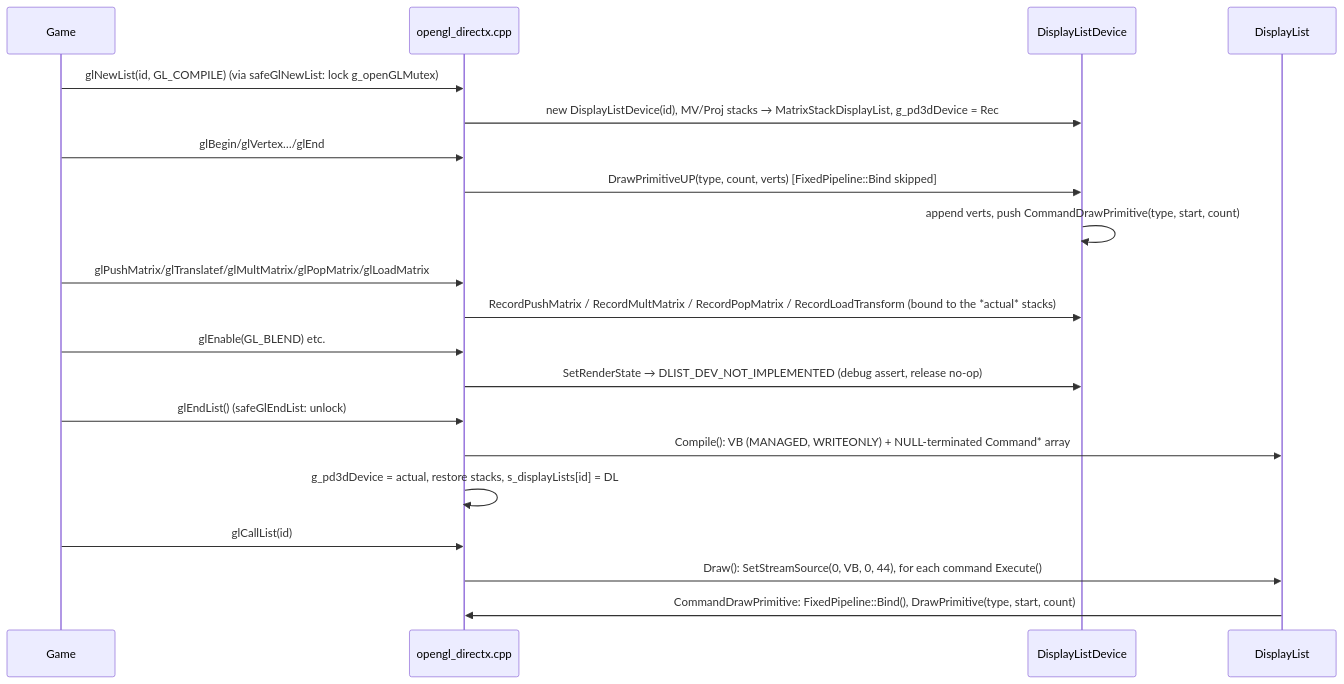
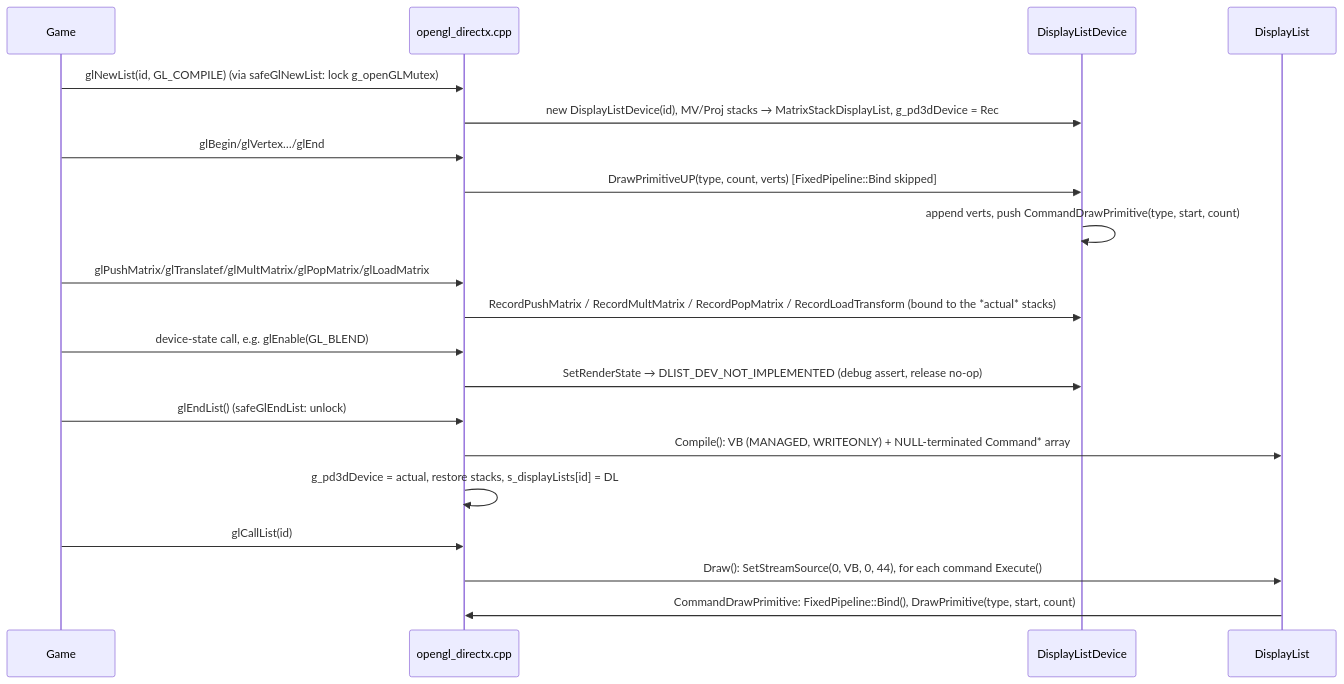
Before and after one commit to Zwaliebaba/Species.AI: the third of 5 diagrams in design/_work/drafts/P13_gfx_backend_math.md, drawn with Mermaid. The commit also changed other lines of this file and 9 other files, not shown here.

````diff
--- a/design/_work/drafts/P13_gfx_backend_math.md
+++ b/design/_work/drafts/P13_gfx_backend_math.md
@@ -460,22 +460,22 @@
 ```mermaid
 sequenceDiagram
   participant Game
   participant Emu as opengl_directx.cpp
   participant Rec as DisplayListDevice
   participant DL as DisplayList
   Game->>Emu: glNewList(id, GL_COMPILE)  (via safeGlNewList: lock g_openGLMutex)
   Emu->>Rec: new DisplayListDevice(id), MV/Proj stacks → MatrixStackDisplayList, g_pd3dDevice = Rec
   Game->>Emu: glBegin/glVertex…/glEnd
   Emu->>Rec: DrawPrimitiveUP(type, count, verts)  [FixedPipeline::Bind skipped]
   Rec->>Rec: append verts, push CommandDrawPrimitive(type, start, count)
   Game->>Emu: glPushMatrix/glTranslatef/glMultMatrix/glPopMatrix/glLoadMatrix
   Emu->>Rec: RecordPushMatrix / RecordMultMatrix / RecordPopMatrix / RecordLoadTransform (bound to the *actual* stacks)
-  Game->>Emu: glEnable(GL_BLEND) etc.
+  Game->>Emu: device-state call, e.g. glEnable(GL_BLEND)
   Emu->>Rec: SetRenderState → DLIST_DEV_NOT_IMPLEMENTED (debug assert, release no-op)
   Game->>Emu: glEndList()  (safeGlEndList: unlock)
   Emu->>DL: Compile(): VB (MANAGED, WRITEONLY) + NULL-terminated Command* array
   Emu->>Emu: g_pd3dDevice = actual, restore stacks, s_displayLists[id] = DL
   Game->>Emu: glCallList(id)
   Emu->>DL: Draw(): SetStreamSource(0, VB, 0, 44), for each command Execute()
   DL->>Emu: CommandDrawPrimitive: FixedPipeline::Bind(), DrawPrimitive(type, start, count)
 ```
````
